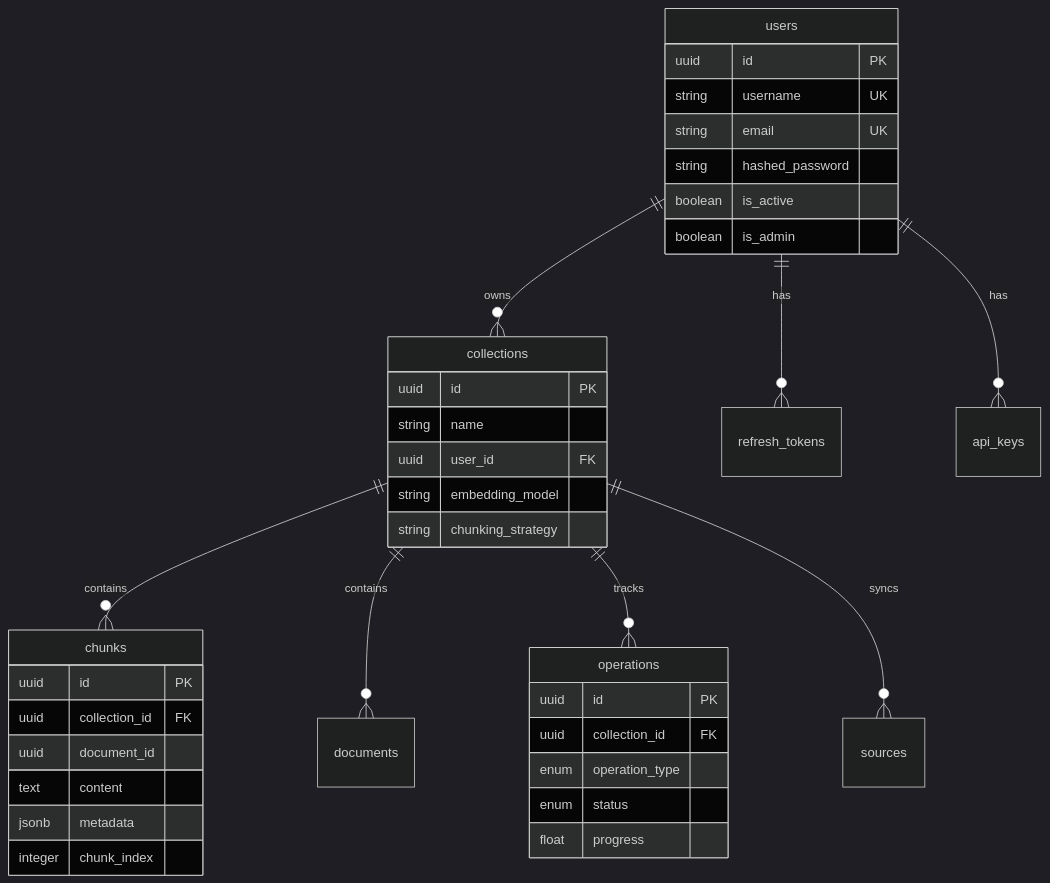
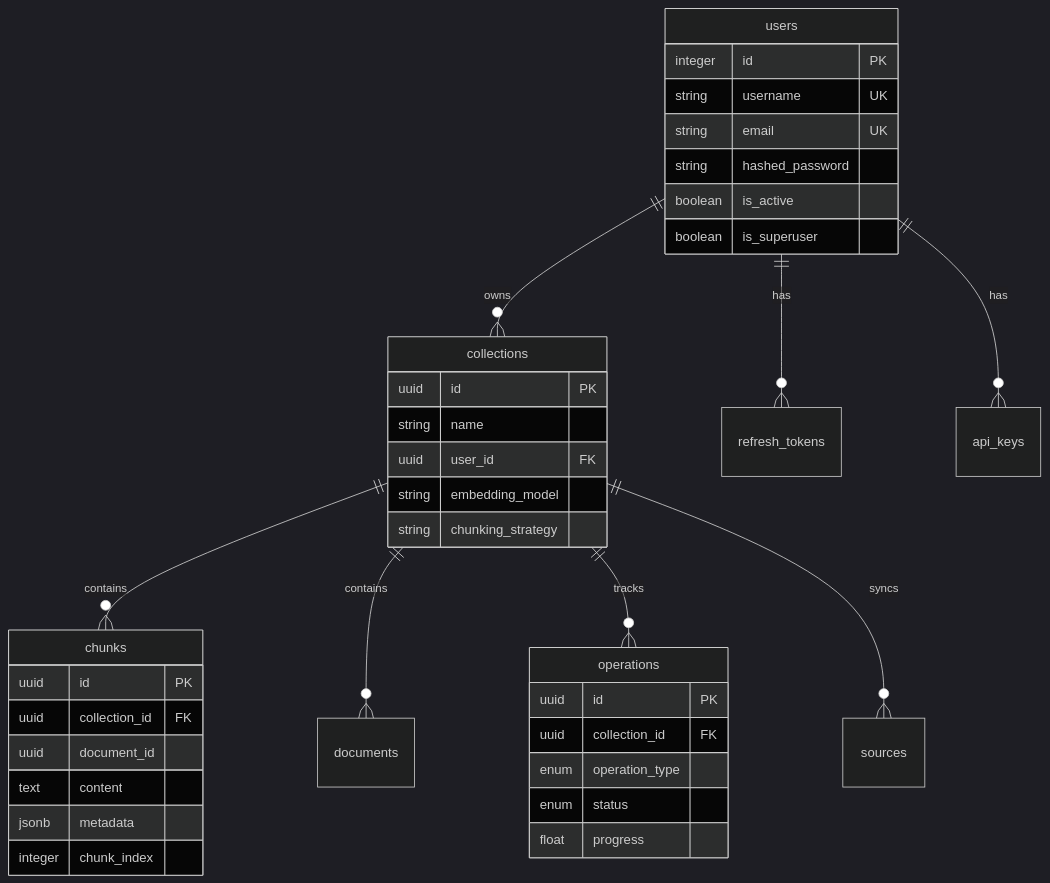
Before and after one commit to jbmiller10/semantik: the fifth of 5 diagrams in docs/ARCHITECTURE_REVIEW.md, drawn with Mermaid (dark theme). The commit also changed other lines of this file and 6 other files, not shown here.

````diff
--- a/docs/ARCHITECTURE_REVIEW.md
+++ b/docs/ARCHITECTURE_REVIEW.md
@@ -600,44 +601,44 @@
 ```mermaid
 erDiagram
     users ||--o{ collections : "owns"
     users ||--o{ refresh_tokens : "has"
     users ||--o{ api_keys : "has"
     collections ||--o{ chunks : "contains"
     collections ||--o{ documents : "contains"
     collections ||--o{ operations : "tracks"
     collections ||--o{ sources : "syncs"
 
     users {
-        uuid id PK
+        integer id PK
         string username UK
         string email UK
         string hashed_password
         boolean is_active
-        boolean is_admin
+        boolean is_superuser
     }
 
     collections {
         uuid id PK
         string name
         uuid user_id FK
         string embedding_model
         string chunking_strategy
     }
 
     chunks {
         uuid id PK
         uuid collection_id FK
         uuid document_id
         text content
         jsonb metadata
         integer chunk_index
     }
 
     operations {
         uuid id PK
         uuid collection_id FK
         enum operation_type
         enum status
         float progress
     }
 ```
````
